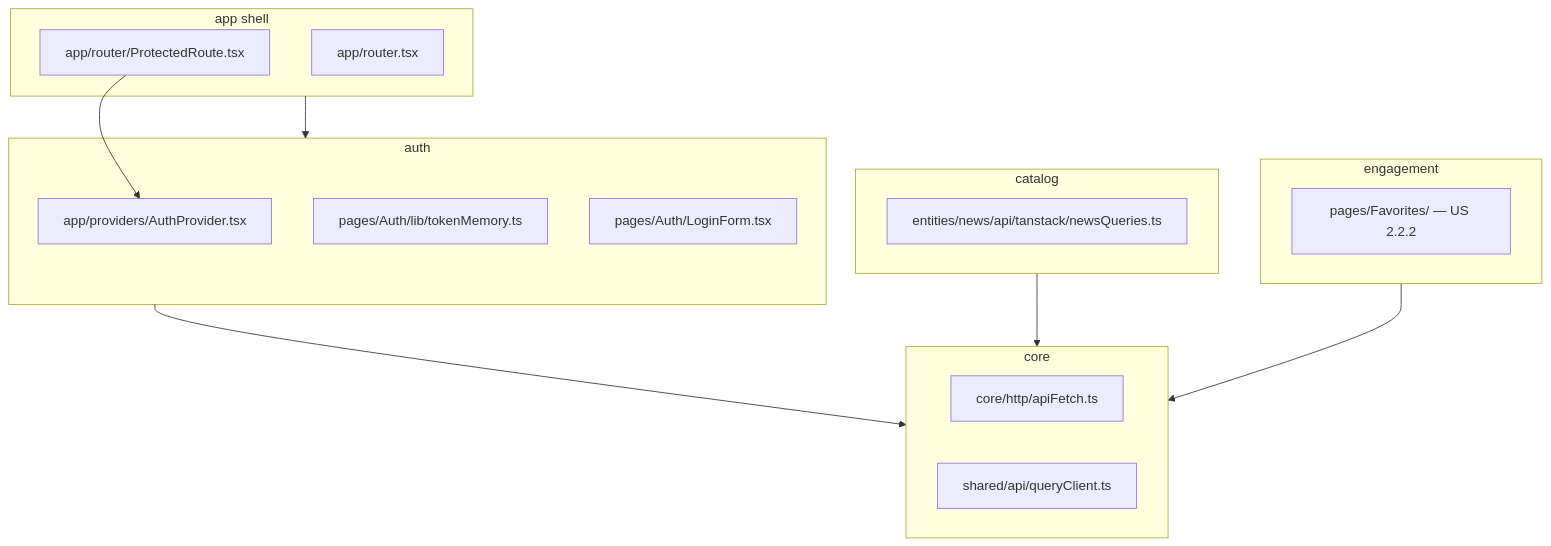
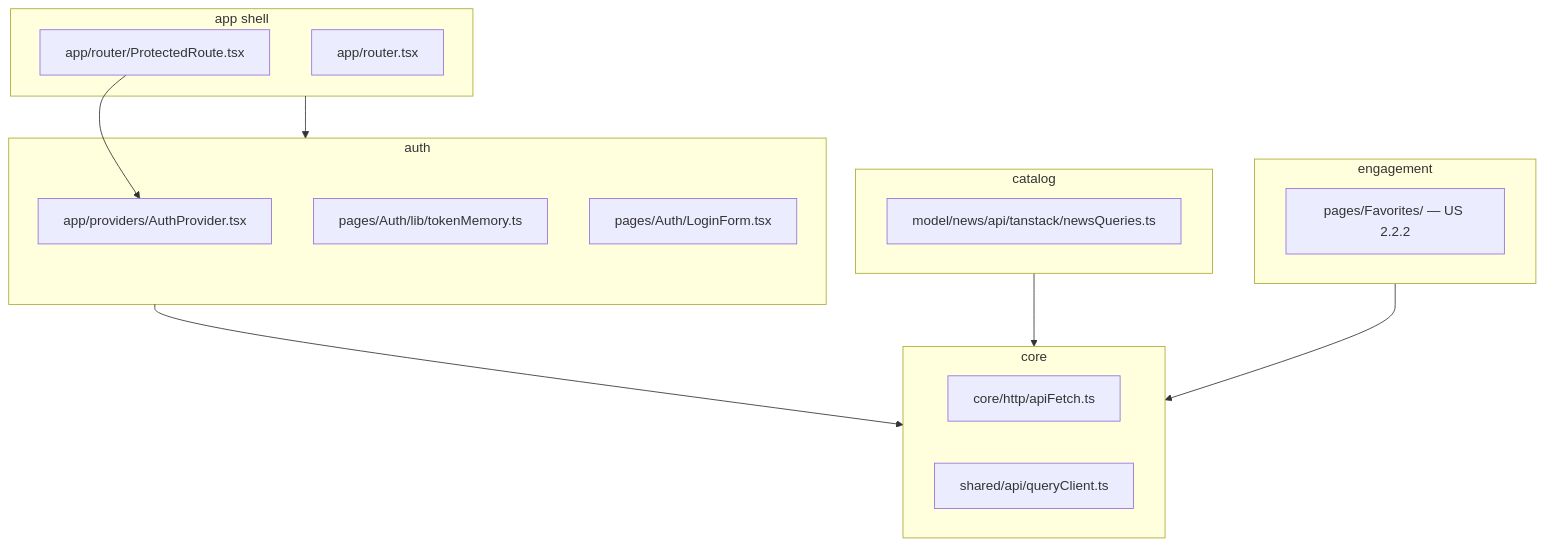
Before and after one commit to vv0rkz/react-happy-news: the second of 5 diagrams in docs/roadmap/CURRENT_INCREMENT.md, drawn with Mermaid. The commit also changed other lines of this file and 42 other files, not shown here.

Commit message:
docs: sync architecture with components/ + arch:lint

````diff
--- a/docs/roadmap/CURRENT_INCREMENT.md
+++ b/docs/roadmap/CURRENT_INCREMENT.md
@@ -223,27 +224,27 @@
 ```mermaid
 flowchart TB
   subgraph coreMod [core]
     apiFetch["core/http/apiFetch.ts"]
     queryClient["shared/api/queryClient.ts"]
   end
   subgraph authMod [auth]
     AuthProvider["app/providers/AuthProvider.tsx"]
     tokenMemory["pages/Auth/lib/tokenMemory.ts"]
     LoginForm["pages/Auth/LoginForm.tsx"]
   end
   subgraph catalogMod [catalog]
-    newsQueries["entities/news/api/tanstack/newsQueries.ts"]
+    newsQueries["model/news/api/tanstack/newsQueries.ts"]
   end
   subgraph engagementMod [engagement]
     favorites["pages/Favorites/ — US 2.2.2"]
   end
   subgraph appMod [app shell]
     ProtectedRoute["app/router/ProtectedRoute.tsx"]
     router["app/router.tsx"]
   end
   authMod --> coreMod
   catalogMod --> coreMod
   engagementMod --> coreMod
   appMod --> authMod
   ProtectedRoute --> AuthProvider
 ```
````
